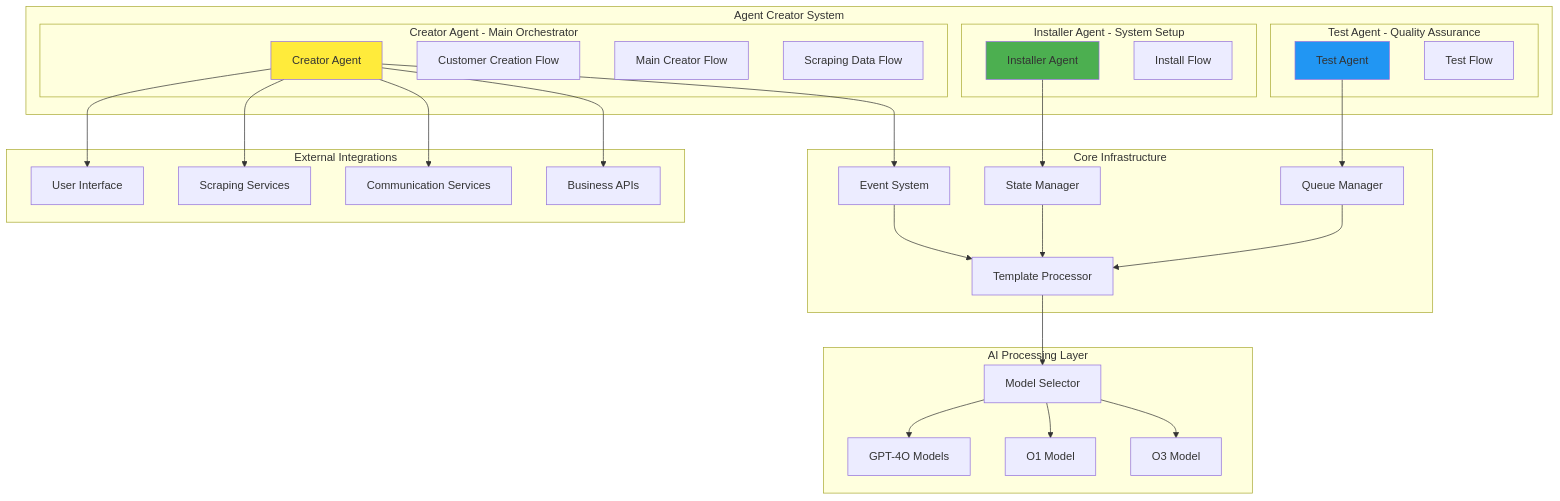
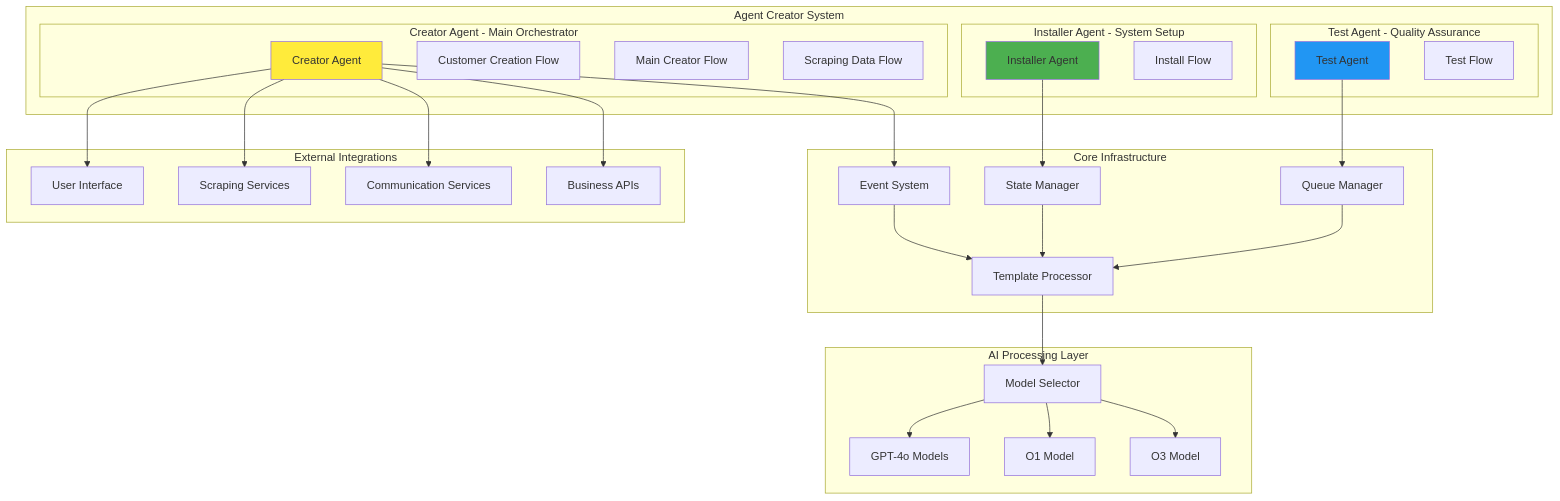
Before and after one commit to sabbah13/newo-docs: the third of 9 diagrams in website/docs/agent-creator-diagrams.md, drawn with Mermaid. The commit also changed other lines of this file and 4 other files, not shown here.

````diff
--- a/website/docs/agent-creator-diagrams.md
+++ b/website/docs/agent-creator-diagrams.md
@@ -128,64 +128,64 @@
 ```mermaid
 graph TB
     subgraph "Agent Creator System"
         subgraph "Creator Agent - Main Orchestrator"
             CA[Creator Agent]
             CACF[Customer Creation Flow]
             CACRF[Main Creator Flow]
             CASF[Scraping Data Flow]
         end
         
         subgraph "Installer Agent - System Setup"
             IA[Installer Agent] 
             IF[Install Flow]
         end
         
         subgraph "Test Agent - Quality Assurance"
             TA[Test Agent]
             TF[Test Flow]
         end
     end
     
     subgraph "Core Infrastructure"
         ES[Event System]
         SM[State Manager]
         QM[Queue Manager]
         TP[Template Processor]
     end
     
     subgraph "AI Processing Layer"
-        GPT4O[GPT-4O Models]
+        GPT4O[GPT-4o Models]
         O1[O1 Model]
         O3[O3 Model]
         MS[Model Selector]
     end
     
     subgraph "External Integrations"
         UI[User Interface]
         SCRAPING[Scraping Services]
         COMMS[Communication Services]
         APIS[Business APIs]
     end
     
     CA --> ES
     IA --> SM
     TA --> QM
     
     ES --> TP
     SM --> TP
     QM --> TP
     
     TP --> MS
     MS --> GPT4O
     MS --> O1
     MS --> O3
     
     CA --> UI
     CA --> SCRAPING
     CA --> COMMS
     CA --> APIS
     
     style CA fill:#ffeb3b
     style IA fill:#4caf50
     style TA fill:#2196f3
 ```
````
